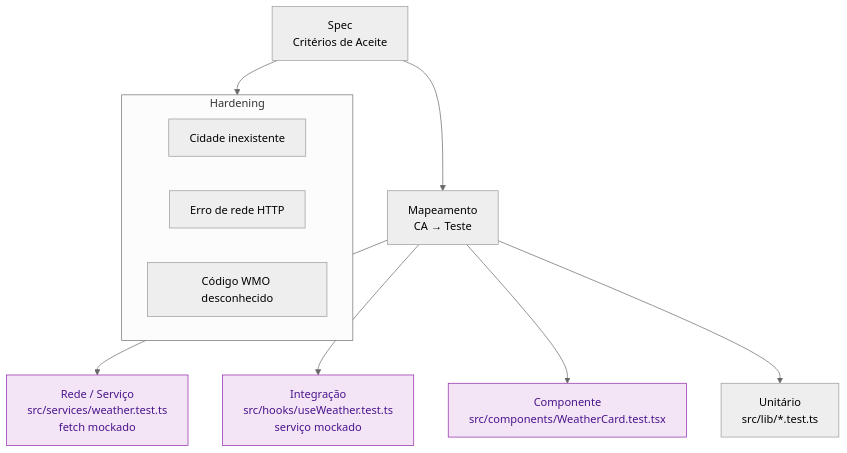
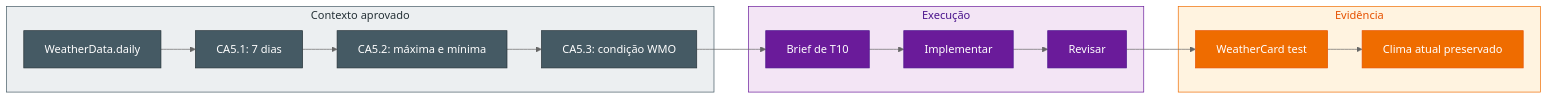
One commit to dev-pods/start-with-spec-driven-development changed the diagram in .github/steps/6-step.md. Above: the diagram before and after it, drawn with Mermaid (neutral theme). The commit also changed other lines of this file and 47 other files, not shown here.

Commit message:
Build deterministic spec-driven development exercise

````diff
--- a/.github/steps/6-step.md
+++ b/.github/steps/6-step.md
@@ -11,19 +18,23 @@
 ```mermaid
-flowchart TD
-    Spec[Spec\nCritérios de Aceite] --> TestMap[Mapeamento\nCA → Teste]
-    TestMap --> Net[Rede / Serviço\nsrc/services/weather.test.ts\nfetch mockado]
-    TestMap --> Int[Integração\nsrc/hooks/useWeather.test.ts\nserviço mockado]
-    TestMap --> Comp[Componente\nsrc/components/WeatherCard.test.tsx]
-    TestMap --> Unit[Unitário\nsrc/lib/*.test.ts]
-
-    subgraph Hardening
-    Edge1[Cidade inexistente]
-    Edge2[Erro de rede HTTP]
-    Edge3[Código WMO desconhecido]
-    end
-
-    Spec --> Hardening
-
-    classDef pending fill:#f3e5f5,stroke:#8e24aa,color:#4a148c
-    class Net,Int,Comp pending
+flowchart LR
+   subgraph contexto["Contexto aprovado"]
+      A[WeatherData.daily] --> B[CA5.1: 7 dias] --> C[CA5.2: máxima e mínima] --> D[CA5.3: condição WMO]
+   end
+   subgraph interacao["Execução"]
+      E[Brief de T10] --> F[Implementar] --> G[Revisar]
+   end
+   subgraph evidencia["Evidência"]
+      H[WeatherCard test] --> I[Clima atual preservado]
+   end
+   D --> E
+   G --> H
+   classDef contextNode fill:#455a64,stroke:#263238,color:#ffffff
+   classDef buildNode fill:#6a1b9a,stroke:#4a148c,color:#ffffff
+   classDef testingNode fill:#ef6c00,stroke:#e65100,color:#ffffff
+   class A,B,C,D contextNode
+   class E,F,G buildNode
+   class H,I testingNode
+   style contexto fill:#eceff1,stroke:#455a64,color:#263238
+   style interacao fill:#f3e5f5,stroke:#6a1b9a,color:#4a148c
+   style evidencia fill:#fff3e0,stroke:#ef6c00,color:#e65100
 ```
````
